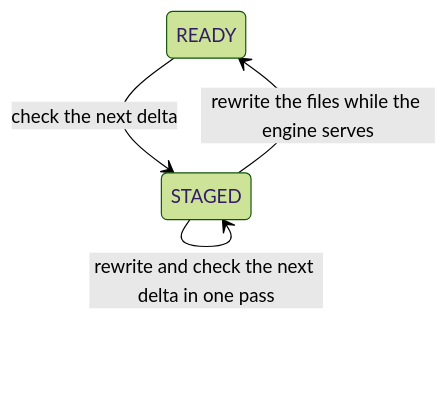
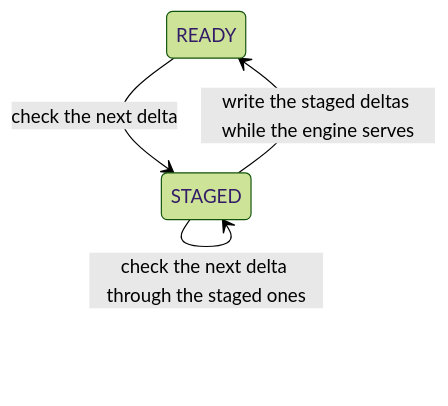
Before and after one commit to fbie-droid/modelexpress: the third of 3 diagrams in docs/S3_DELTA_WEIGHT_REFIT.md, drawn with Mermaid (forest theme). The commit also changed other lines of this file and 9 other files, not shown here.

````diff
--- a/docs/S3_DELTA_WEIGHT_REFIT.md
+++ b/docs/S3_DELTA_WEIGHT_REFIT.md
@@ -773,6 +776,6 @@
 ```mermaid
 stateDiagram-v2
     READY --> STAGED: check the next delta
-    STAGED --> READY: rewrite the files while the engine serves
-    STAGED --> STAGED: rewrite and check the next delta in one pass
+    STAGED --> STAGED: check the next delta through the staged ones
+    STAGED --> READY: write the staged deltas while the engine serves
 ```
````
